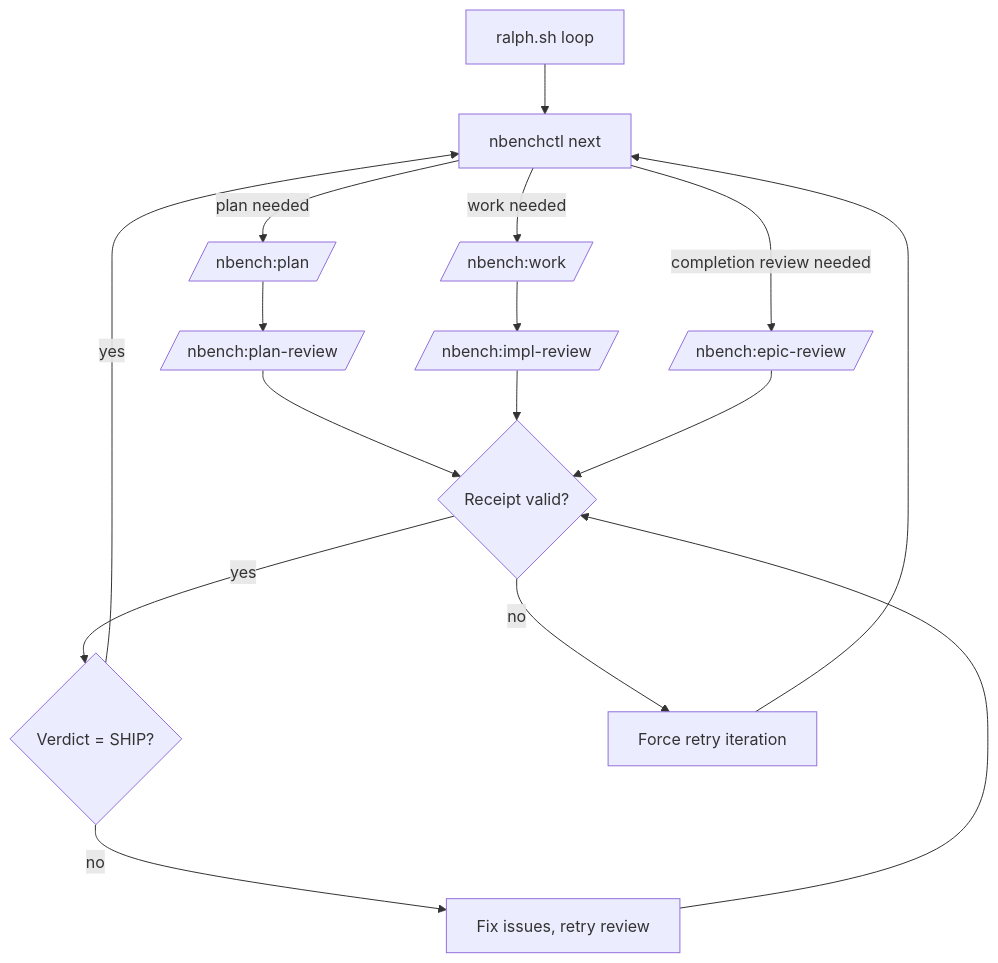
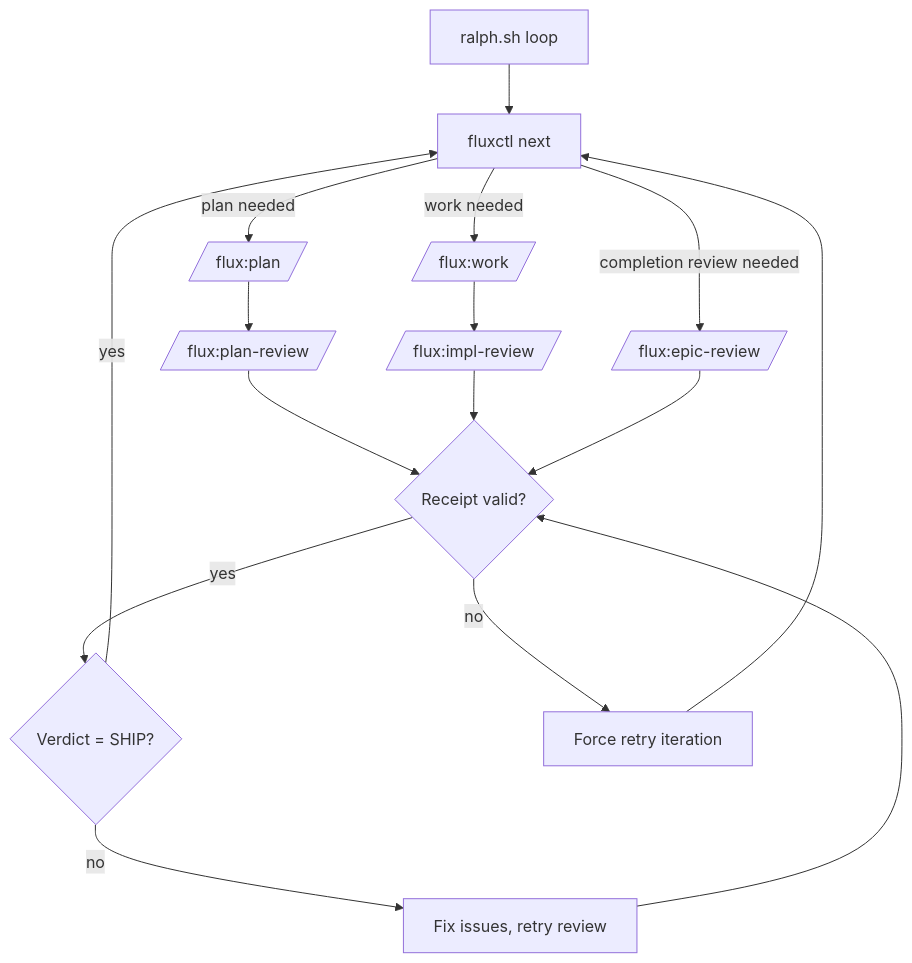
One commit to Nairon-AI/flux changed the diagram in docs/ralph.md. Above: the diagram before and after it, drawn with Mermaid. The commit also changed other lines of this file and 177 other files, not shown here.

````diff
--- a/docs/ralph.md
+++ b/docs/ralph.md
@@ -129,18 +129,18 @@
 ```mermaid
 flowchart TD
-  A[ralph.sh loop] --> B[nbenchctl next]
-  B -->|plan needed| C[/nbench:plan/]
-  C --> D[/nbench:plan-review/]
-  B -->|work needed| E[/nbench:work/]
-  E --> F[/nbench:impl-review/]
-  B -->|completion review needed| K[/nbench:epic-review/]
+  A[ralph.sh loop] --> B[fluxctl next]
+  B -->|plan needed| C[/flux:plan/]
+  C --> D[/flux:plan-review/]
+  B -->|work needed| E[/flux:work/]
+  E --> F[/flux:impl-review/]
+  B -->|completion review needed| K[/flux:epic-review/]
   D --> G{Receipt valid?}
   F --> G
   K --> G
   G -- yes --> H{Verdict = SHIP?}
   H -- yes --> B
   H -- no --> I[Fix issues, retry review]
   I --> G
   G -- no --> J[Force retry iteration]
   J --> B
 ```
````
